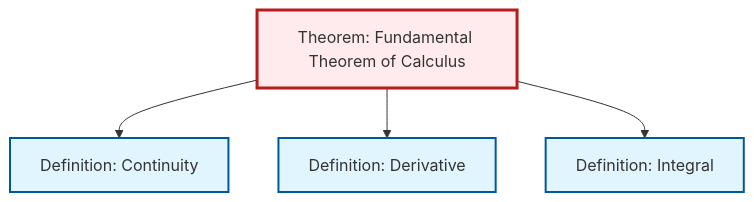
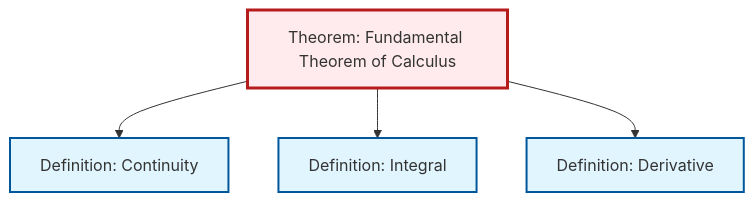
Before and after one commit to RK0429/ModernMath: the diagram in content/en/analysis/thm-fundamental-calculus.qmd, drawn with Mermaid. The commit also changed other lines of this file and 531 other files, not shown here.

````diff
--- a/content/en/analysis/thm-fundamental-calculus.qmd
+++ b/content/en/analysis/thm-fundamental-calculus.qmd
@@ -141,20 +141,20 @@
 ```{mermaid}
 %%| fig-cap: "Local dependency graph"
 graph TD
     classDef definition fill:#e1f5fe,stroke:#01579b,stroke-width:2px
     classDef theorem fill:#f3e5f5,stroke:#4a148c,stroke-width:2px
     classDef axiom fill:#fff3e0,stroke:#e65100,stroke-width:2px
     classDef example fill:#e8f5e9,stroke:#1b5e20,stroke-width:2px
     classDef current fill:#ffebee,stroke:#b71c1c,stroke-width:3px
+    def-derivative["Definition: Derivative"]:::definition
     def-continuity["Definition: Continuity"]:::definition
-    def-derivative["Definition: Derivative"]:::definition
+    thm-fundamental-calculus["Theorem: Fundamental Theorem of Calculus"]:::theorem
     def-integral["Definition: Integral"]:::definition
-    thm-fundamental-calculus["Theorem: Fundamental Theorem of Calculus"]:::theorem
     thm-fundamental-calculus --> def-continuity
+    thm-fundamental-calculus --> def-integral
     thm-fundamental-calculus --> def-derivative
-    thm-fundamental-calculus --> def-integral
     class thm-fundamental-calculus current
+    click def-derivative "def-derivative.html" "Go to Derivative definition"
     click def-continuity "def-continuity.html" "Go to Continuity definition"
-    click def-derivative "def-derivative.html" "Go to Derivative definition"
     click def-integral "def-integral.html" "Go to Integral definition"
 ```
````
